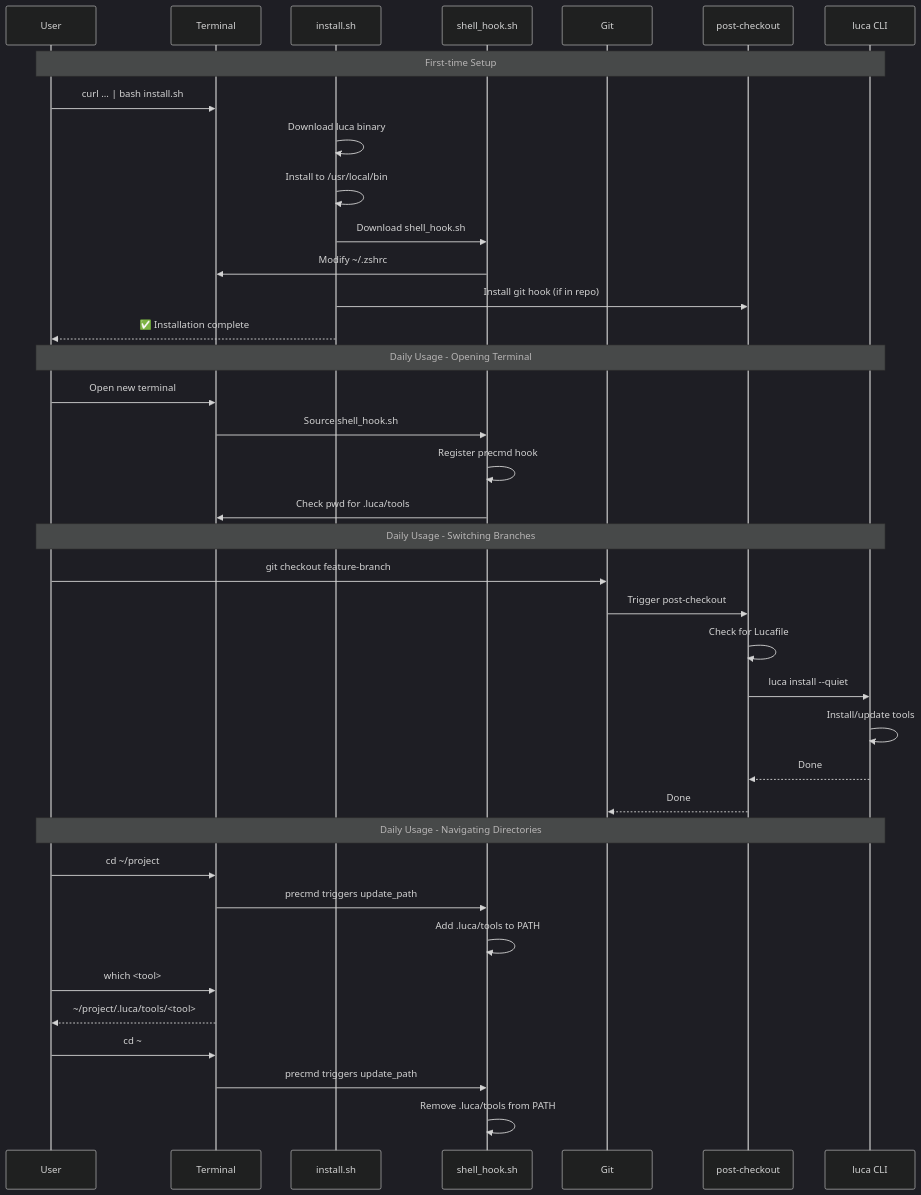
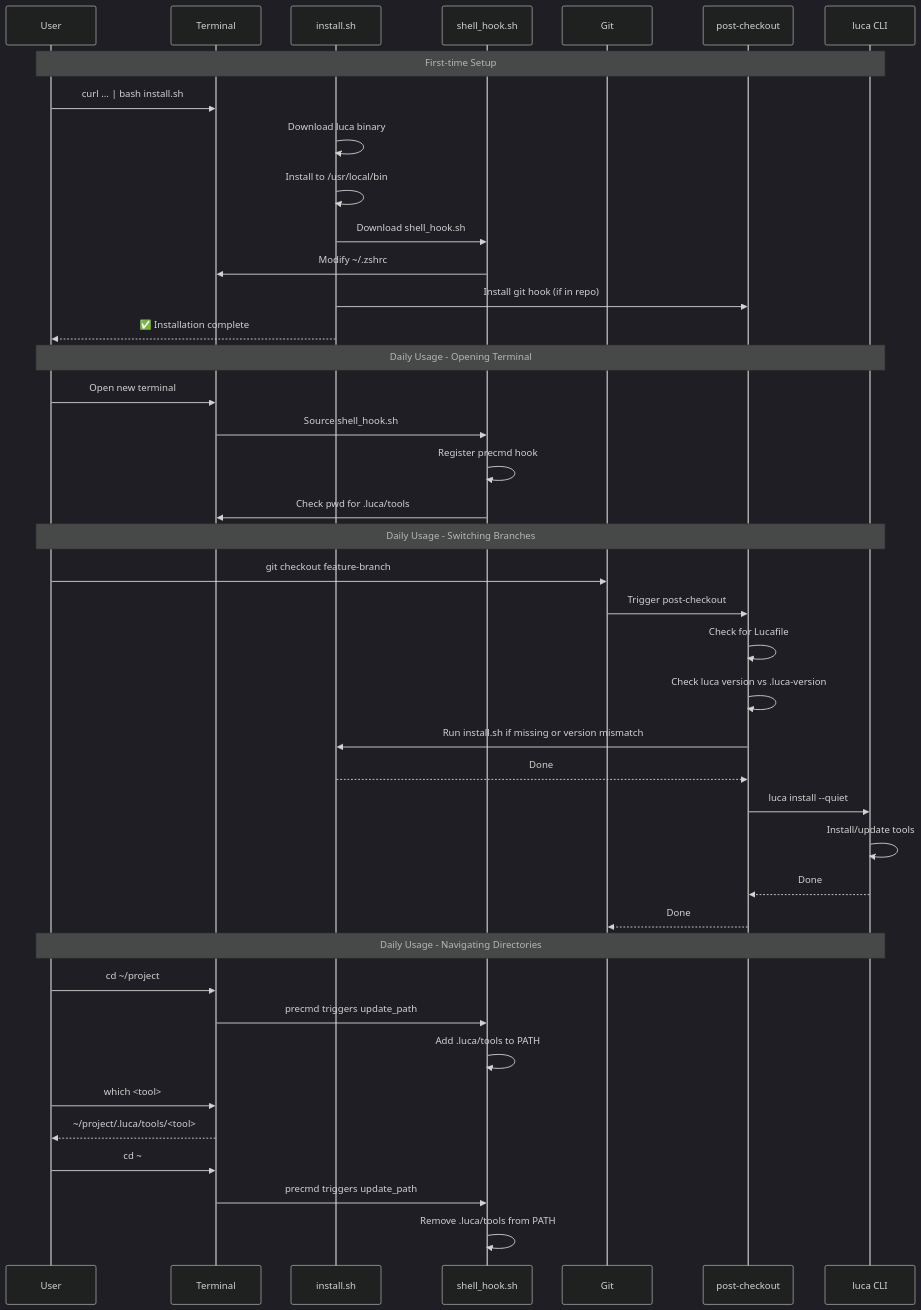
Before and after one commit to LucaTools/LucaScripts: the seventh of 7 diagrams in README.md, drawn with Mermaid (dark theme). The commit also changed other lines of this file, not shown here.

First line of the commit message:
Update README diagrams for version check in post-checkout

````diff
--- a/README.md
+++ b/README.md
@@ -303,45 +309,48 @@
 ```mermaid
 sequenceDiagram
     participant U as User
     participant T as Terminal
     participant IS as install.sh
     participant SH as shell_hook.sh
     participant G as Git
     participant PC as post-checkout
     participant L as luca CLI
 
     Note over U,L: First-time Setup
     U->>T: curl ... | bash install.sh
     IS->>IS: Download luca binary
     IS->>IS: Install to /usr/local/bin
     IS->>SH: Download shell_hook.sh
     SH->>T: Modify ~/.zshrc
     IS->>PC: Install git hook (if in repo)
     IS-->>U: ✅ Installation complete
 
     Note over U,L: Daily Usage - Opening Terminal
     U->>T: Open new terminal
     T->>SH: Source shell_hook.sh
     SH->>SH: Register precmd hook
     SH->>T: Check pwd for .luca/tools
 
     Note over U,L: Daily Usage - Switching Branches
     U->>G: git checkout feature-branch
     G->>PC: Trigger post-checkout
     PC->>PC: Check for Lucafile
+    PC->>PC: Check luca version vs .luca-version
+    PC->>IS: Run install.sh if missing or version mismatch
+    IS-->>PC: Done
     PC->>L: luca install --quiet
     L->>L: Install/update tools
     L-->>PC: Done
     PC-->>G: Done
     
     Note over U,L: Daily Usage - Navigating Directories
     U->>T: cd ~/project
     T->>SH: precmd triggers update_path
     SH->>SH: Add .luca/tools to PATH
     U->>T: which <tool>
     T-->>U: ~/project/.luca/tools/<tool>
     
     U->>T: cd ~
     T->>SH: precmd triggers update_path
     SH->>SH: Remove .luca/tools from PATH
 ```
````
